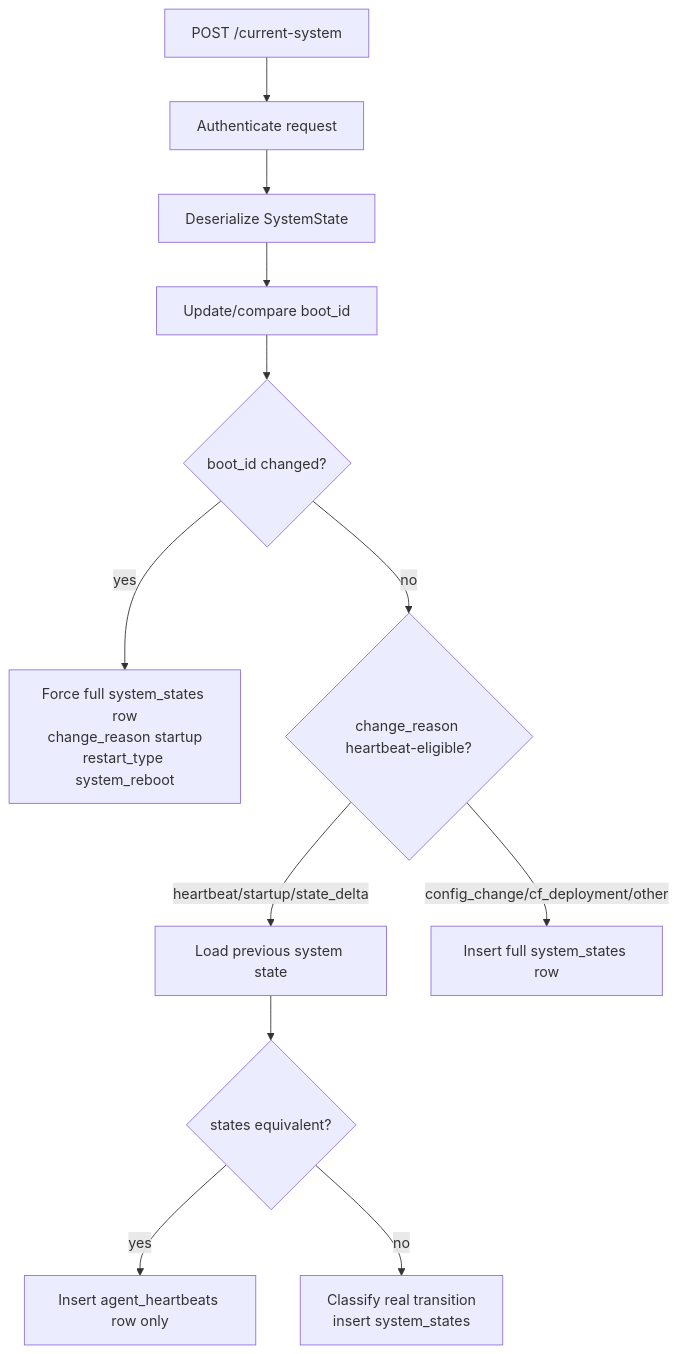
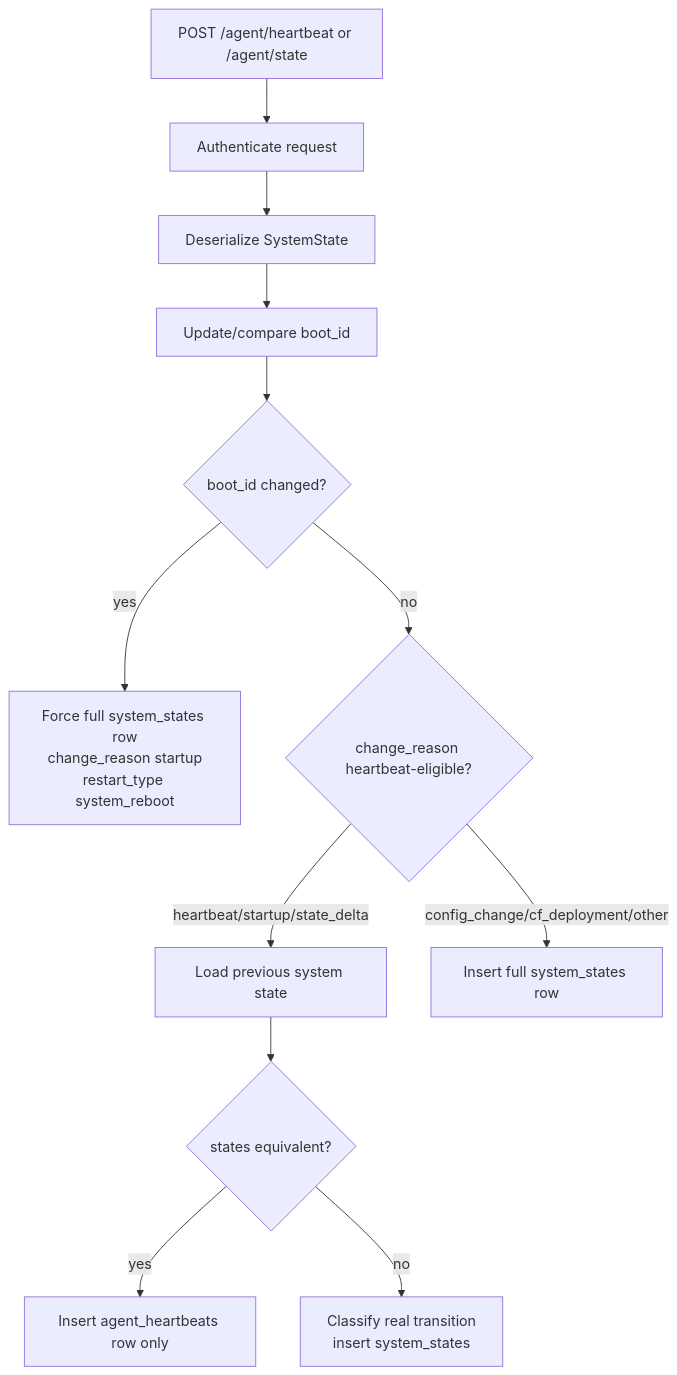
Before and after one commit to usmcamp0811/crystal-forge: the second of 4 diagrams in docs/agent-heartbeat-state-history.md, drawn with Mermaid. The commit also changed other lines of this file and 1 other file, not shown here.

````diff
--- a/docs/agent-heartbeat-state-history.md
+++ b/docs/agent-heartbeat-state-history.md
@@ -86,14 +86,14 @@
 ```mermaid
 flowchart TD
-    A[POST /current-system] --> B[Authenticate request]
+    A[POST /agent/heartbeat or /agent/state] --> B[Authenticate request]
     B --> C[Deserialize SystemState]
     C --> D[Update/compare boot_id]
     D --> E{boot_id changed?}
     E -->|yes| F[Force full system_states row\nchange_reason startup\nrestart_type system_reboot]
     E -->|no| G{change_reason heartbeat-eligible?}
     G -->|heartbeat/startup/state_delta| H[Load previous system state]
     G -->|config_change/cf_deployment/other| I[Insert full system_states row]
     H --> J{states equivalent?}
     J -->|yes| K[Insert agent_heartbeats row only]
     J -->|no| L[Classify real transition\ninsert system_states]
 ```
````
